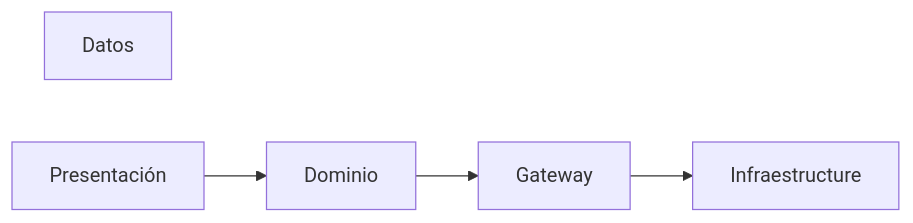
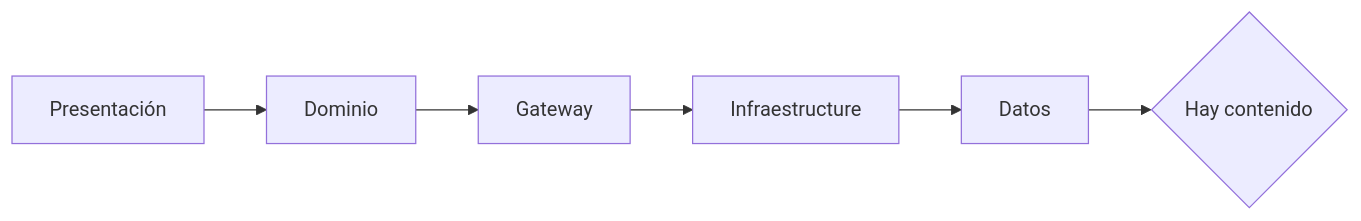
Before and after one commit to stivengm/README: the diagram in README.md, drawn with Mermaid.

````diff
--- a/README.md
+++ b/README.md
@@ -3,15 +3,19 @@
 ```mermaid
 
 graph LR;
 
 D[Dominio]
 A[Datos]
 I[Infraestructure]
 G[Gateway]
 P[Presentación]
+H{Hay contenido}
 
 P --> D
 D --> G
 G --> I
+I --> A
+A --> H
+
 
 ```
````
